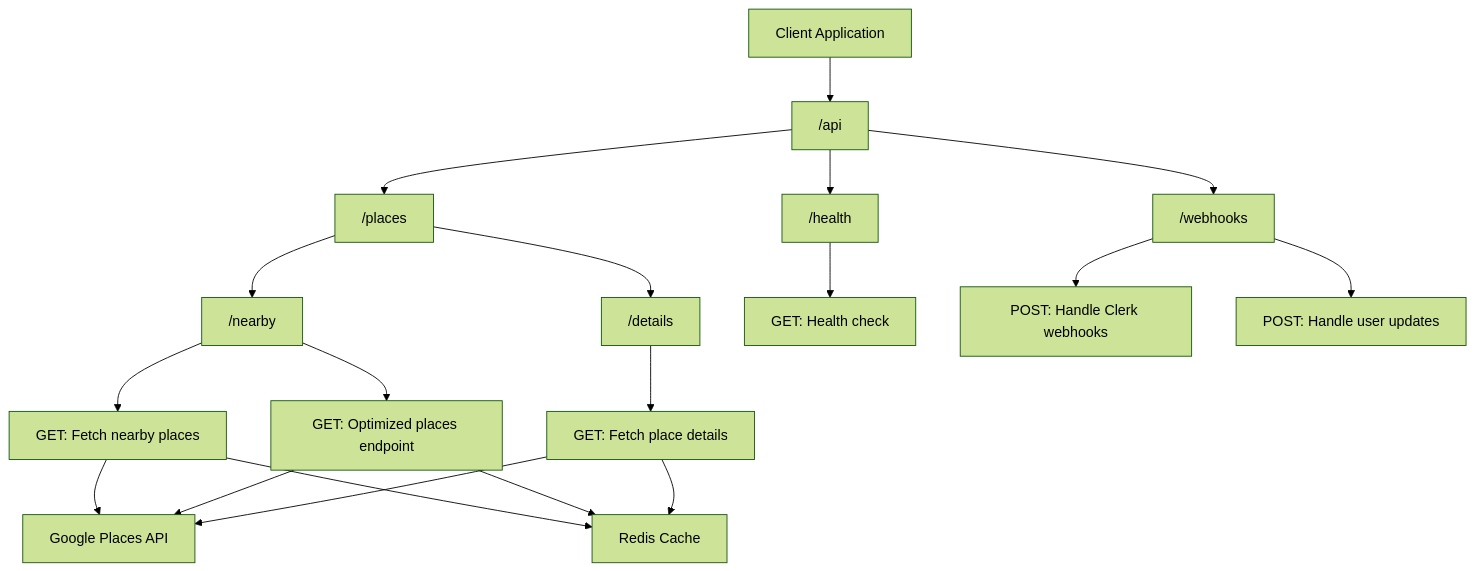
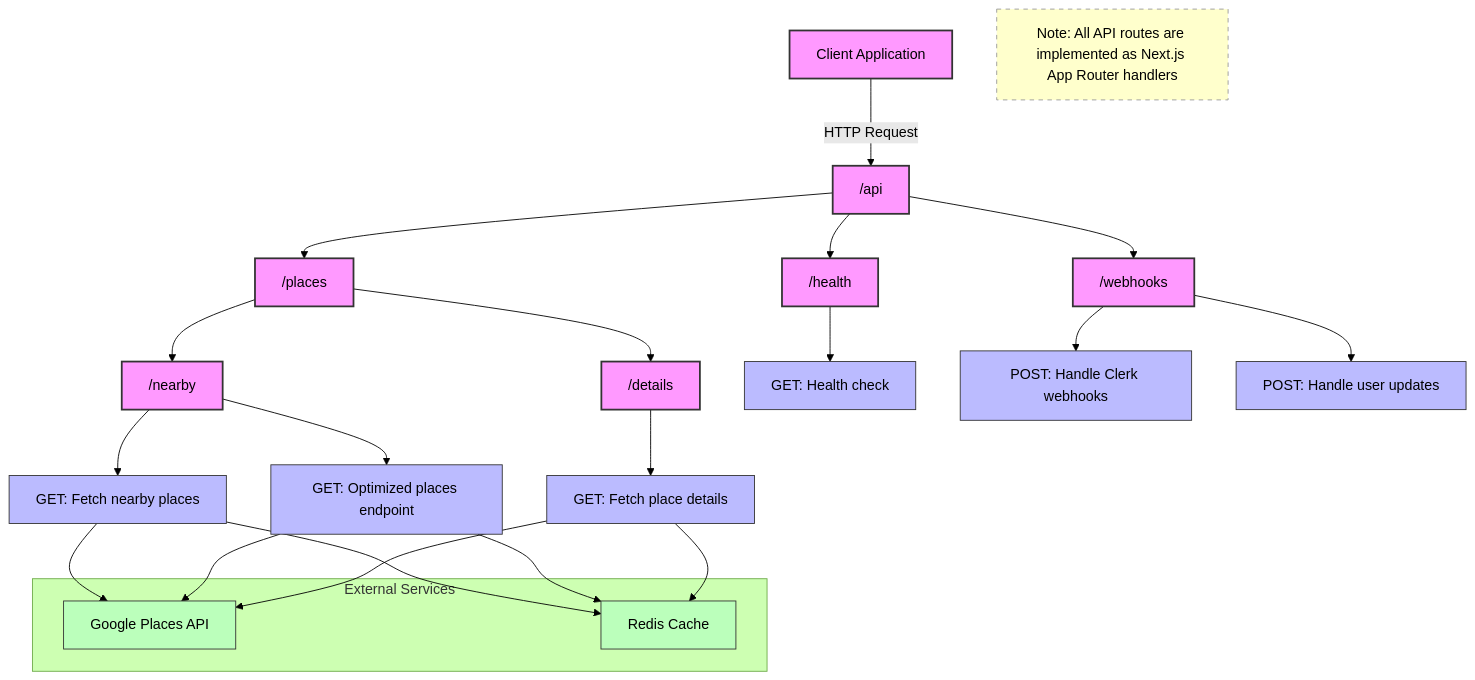
One commit to sotomaque/emoji-map-next changed the first of 6 diagrams in README.md. Above: the diagram before and after it, drawn with Mermaid (forest theme). The commit also changed other lines of this file and 18 other files, not shown here.

````diff
--- a/README.md
+++ b/README.md
@@ -229,28 +229,53 @@
 ```mermaid
-graph TD
-    Client[Client Application] --> API["/api"]
-    API --> Places["/places"]
-    API --> Health["/health"]
-    API --> Webhooks["/webhooks"]
+flowchart TD
+    %% API Structure Diagram for Emoji Map
+    %% Main API endpoints and their relationships
     
-    Places --> PlacesNearby["/nearby"]
-    Places --> PlacesDetails["/details"]
+    %% Define styles
+    classDef apiEndpoint fill:#f9f,stroke:#333,stroke-width:2px
+    classDef handler fill:#bbf,stroke:#333,stroke-width:1px
+    classDef external fill:#bfb,stroke:#333,stroke-width:1px
     
-    PlacesNearby --> PlacesNearbyHandler["GET: Fetch nearby places"]
-    PlacesNearby --> PlacesNewHandler["GET: Optimized places endpoint"]
+    %% Client and main API route
+    Client[Client Application]:::apiEndpoint --> |HTTP Request| API["/api"]:::apiEndpoint
     
-    PlacesDetails --> PlacesDetailsHandler["GET: Fetch place details"]
+    %% Main API categories
+    API --> Places["/places"]:::apiEndpoint
+    API --> Health["/health"]:::apiEndpoint
+    API --> Webhooks["/webhooks"]:::apiEndpoint
     
-    Health --> HealthHandler["GET: Health check"]
+    %% Places endpoints
+    Places --> PlacesNearby["/nearby"]:::apiEndpoint
+    Places --> PlacesDetails["/details"]:::apiEndpoint
     
-    Webhooks --> WebhooksHandler["POST: Handle Clerk webhooks"]
-    Webhooks --> WebhooksUpdateHandler["POST: Handle user updates"]
+    %% Places handlers
+    PlacesNearby --> PlacesNearbyHandler["GET: Fetch nearby places"]:::handler
+    PlacesNearby --> PlacesNewHandler["GET: Optimized places endpoint"]:::handler
     
-    PlacesNearbyHandler --> GooglePlacesAPI["Google Places API"]
+    PlacesDetails --> PlacesDetailsHandler["GET: Fetch place details"]:::handler
+    
+    %% Health and Webhooks handlers
+    Health --> HealthHandler["GET: Health check"]:::handler
+    
+    Webhooks --> WebhooksHandler["POST: Handle Clerk webhooks"]:::handler
+    Webhooks --> WebhooksUpdateHandler["POST: Handle user updates"]:::handler
+    
+    %% External services
+    PlacesNearbyHandler --> GooglePlacesAPI["Google Places API"]:::external
     PlacesNewHandler --> GooglePlacesAPI
     PlacesDetailsHandler --> GooglePlacesAPI
     
-    PlacesNearbyHandler --> Redis["Redis Cache"]
+    PlacesNearbyHandler --> Redis["Redis Cache"]:::external
     PlacesNewHandler --> Redis
     PlacesDetailsHandler --> Redis
+    
+    %% Add notes
+    subgraph "External Services"
+        GooglePlacesAPI
+        Redis
+    end
+    
+    %% Add a note
+    note["Note: All API routes are implemented as Next.js App Router handlers"]
+    style note fill:#ffffcc,stroke:#999,stroke-width:1px,stroke-dasharray: 5 5
 ```
````
